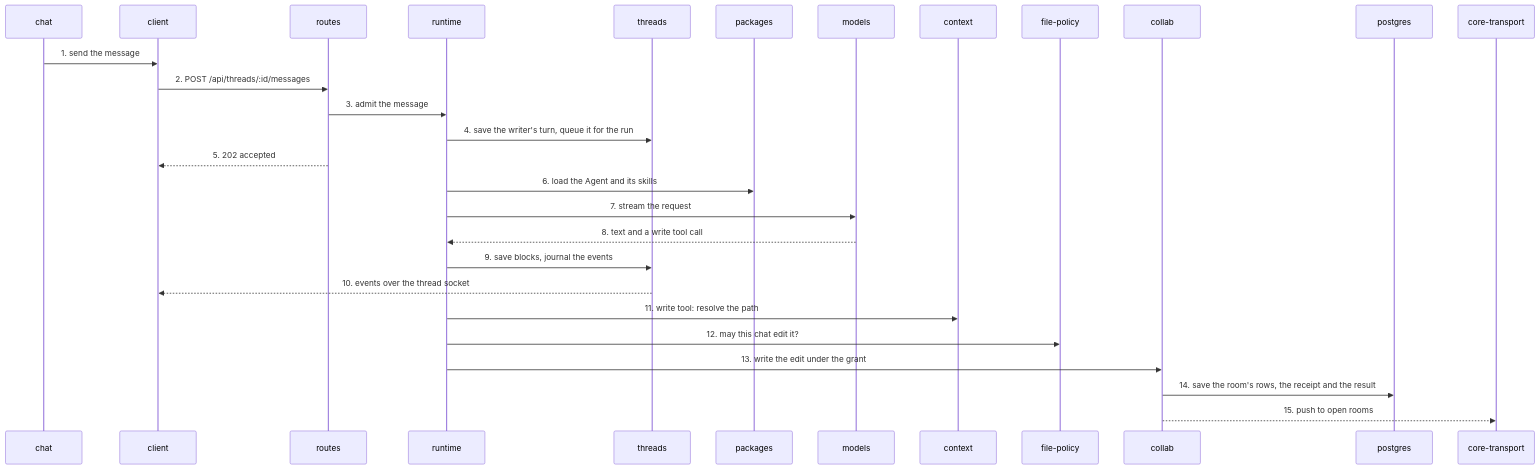
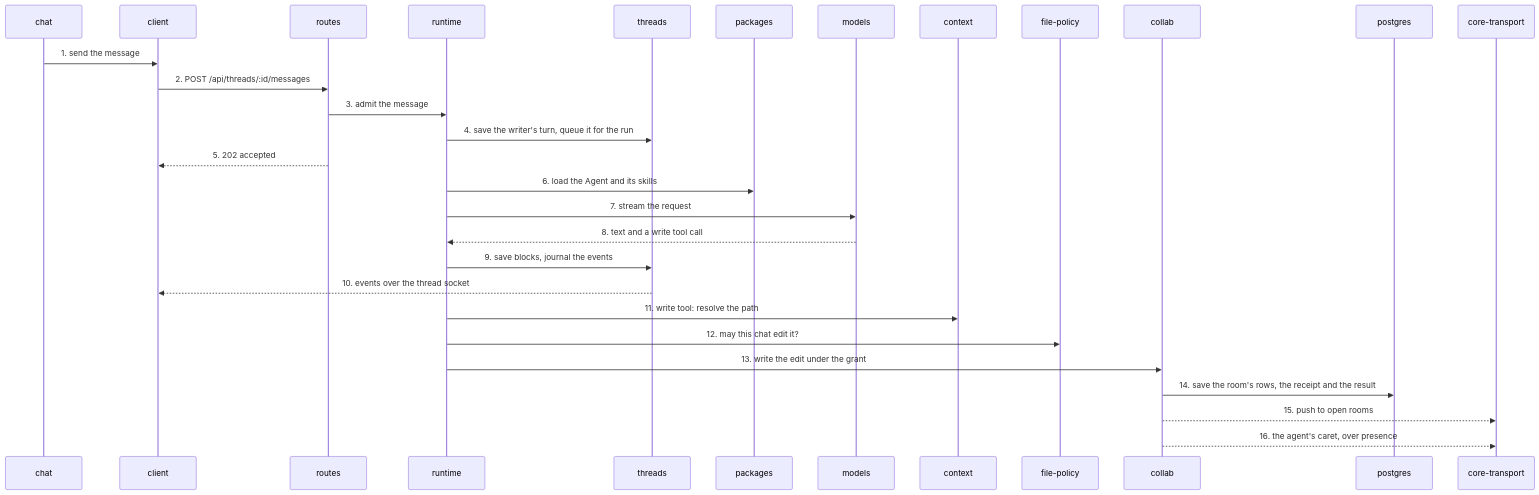
One commit to haowjy/meridian-flow changed the diagram in .context/system-architecture/flows/message-becomes-edit.md. Above: the diagram before and after it, drawn with Mermaid. The commit also changed other lines of this file and 37 other files, not shown here.

First line of the commit message:
Flash an AI write in the editor, and show the agent's caret where it wrote

````diff
--- a/.context/system-architecture/flows/message-becomes-edit.md
+++ b/.context/system-architecture/flows/message-becomes-edit.md
@@ -7,30 +7,31 @@
 ```mermaid
 sequenceDiagram
   participant chat
   participant client
   participant server-routes as routes
   participant runtime
   participant threads
   participant packages
   participant models
   participant context
   participant file-policy
   participant collab
   participant postgres
   participant core-transport
   chat->>client: 1. send the message
   client->>server-routes: 2. POST /api/threads/:id/messages
   server-routes->>runtime: 3. admit the message
   runtime->>threads: 4. save the writer's turn, queue it for the run
   server-routes-->>client: 5. 202 accepted
   runtime->>packages: 6. load the Agent and its skills
   runtime->>models: 7. stream the request
   models-->>runtime: 8. text and a write tool call
   runtime->>threads: 9. save blocks, journal the events
   threads-->>client: 10. events over the thread socket
   runtime->>context: 11. write tool: resolve the path
   runtime->>file-policy: 12. may this chat edit it?
   runtime->>collab: 13. write the edit under the grant
   collab->>postgres: 14. save the room's rows, the receipt and the result
   collab-->>core-transport: 15. push to open rooms
+  collab-->>core-transport: 16. the agent's caret, over presence
 ```
````
